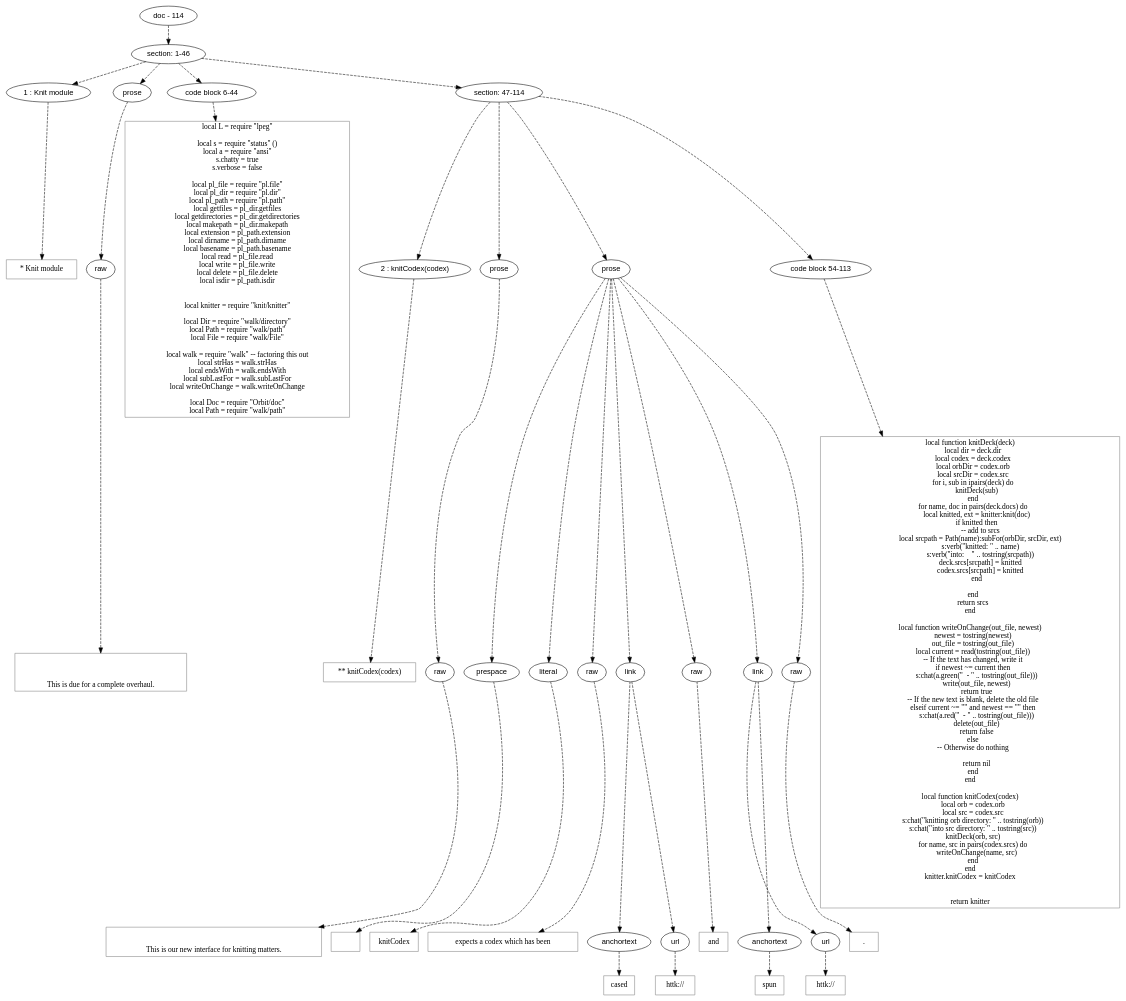
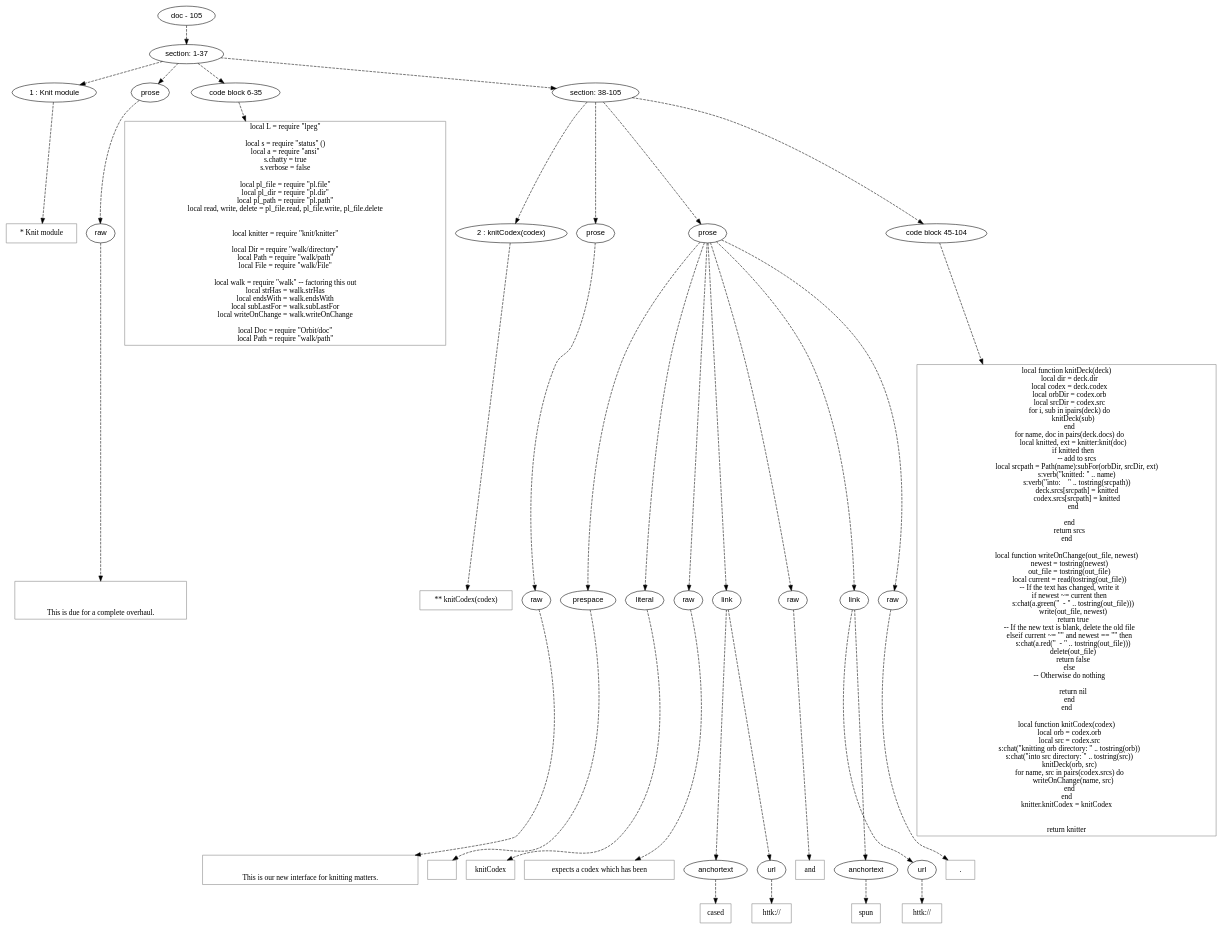
The diagram in doc/dot/knit/knit.dot (mnemnion/orb), drawn with Graphviz before and after one commit. The commit also changed 4 other files, not shown here.

```diff
--- a/doc/dot/knit/knit.dot
+++ b/doc/dot/knit/knit.dot
@@ -3,13 +3,13 @@
 node [fontname=Helvetica]
 edge [style=dashed]
 
-doc_0 [label="doc - 114"]
+doc_0 [label="doc - 105"]
 
 
 doc_0 -> { section_1}
 {rank=same; section_1}
 
-section_1 [label="section: 1-46"]
+section_1 [label="section: 1-37"]
 
 
 // END RANK doc_0
@@ -21,9 +21,9 @@
 
 prose_3 [label="prose"]
 
-codeblock_4 [label="code block 6-44"]
+codeblock_4 [label="code block 6-35"]
 
-section_5 [label="section: 47-114"]
+section_5 [label="section: 38-105"]
 
 
 // END RANK section_1
@@ -59,16 +59,7 @@
 local pl_file = require \"pl.file\"
 local pl_dir = require \"pl.dir\"
 local pl_path = require \"pl.path\"
-local getfiles = pl_dir.getfiles
-local getdirectories = pl_dir.getdirectories
-local makepath = pl_dir.makepath
-local extension = pl_path.extension
-local dirname = pl_path.dirname
-local basename = pl_path.basename
-local read = pl_file.read
-local write = pl_file.write
-local delete = pl_file.delete
-local isdir = pl_path.isdir
+local read, write, delete = pl_file.read, pl_file.write, pl_file.delete
 
 
 local knitter = require \"knit/knitter\"
@@ -97,7 +88,7 @@
 
 prose_12 [label="prose"]
 
-codeblock_13 [label="code block 54-113"]
+codeblock_13 [label="code block 45-104"]
 
 
 // END RANK section_5
```
